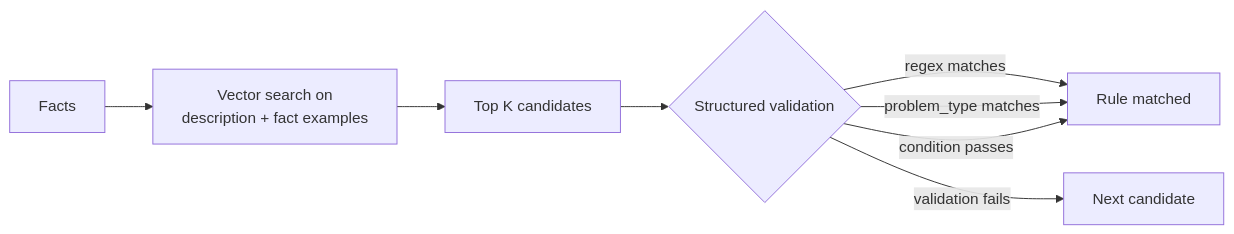
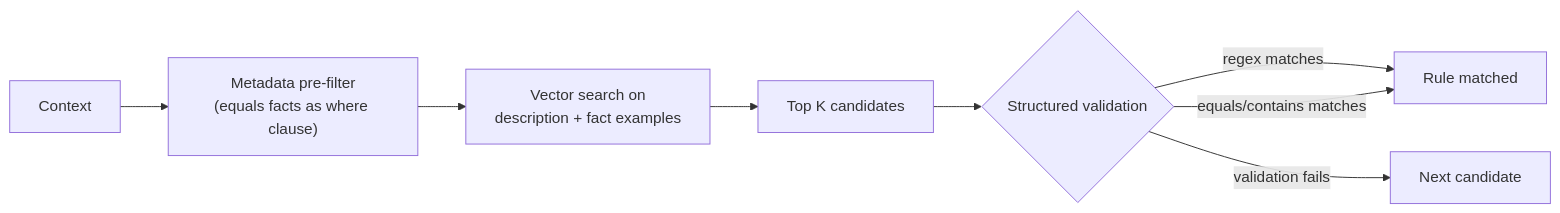
One commit to adhityaravi/theow changed the fourth of 7 diagrams in spec/pilot.md. Above: the diagram before and after it, drawn with Mermaid. The commit also changed other lines of this file and 1 other file, not shown here.

````diff
--- a/spec/pilot.md
+++ b/spec/pilot.md
@@ -519,10 +515,10 @@
 ```mermaid
 flowchart LR
-    P[Facts] --> V["Vector search on<br>description + fact examples"]
+    P[Context] --> MF["Metadata pre-filter<br>(equals facts as where clause)"]
+    MF --> V["Vector search on<br>description + fact examples"]
     V --> K[Top K candidates]
     K --> S{Structured validation}
     S -->|regex matches| HIT[Rule matched]
-    S -->|problem_type matches| HIT
-    S -->|condition passes| HIT
+    S -->|equals/contains matches| HIT
     S -->|validation fails| NEXT[Next candidate]
 ```
````
